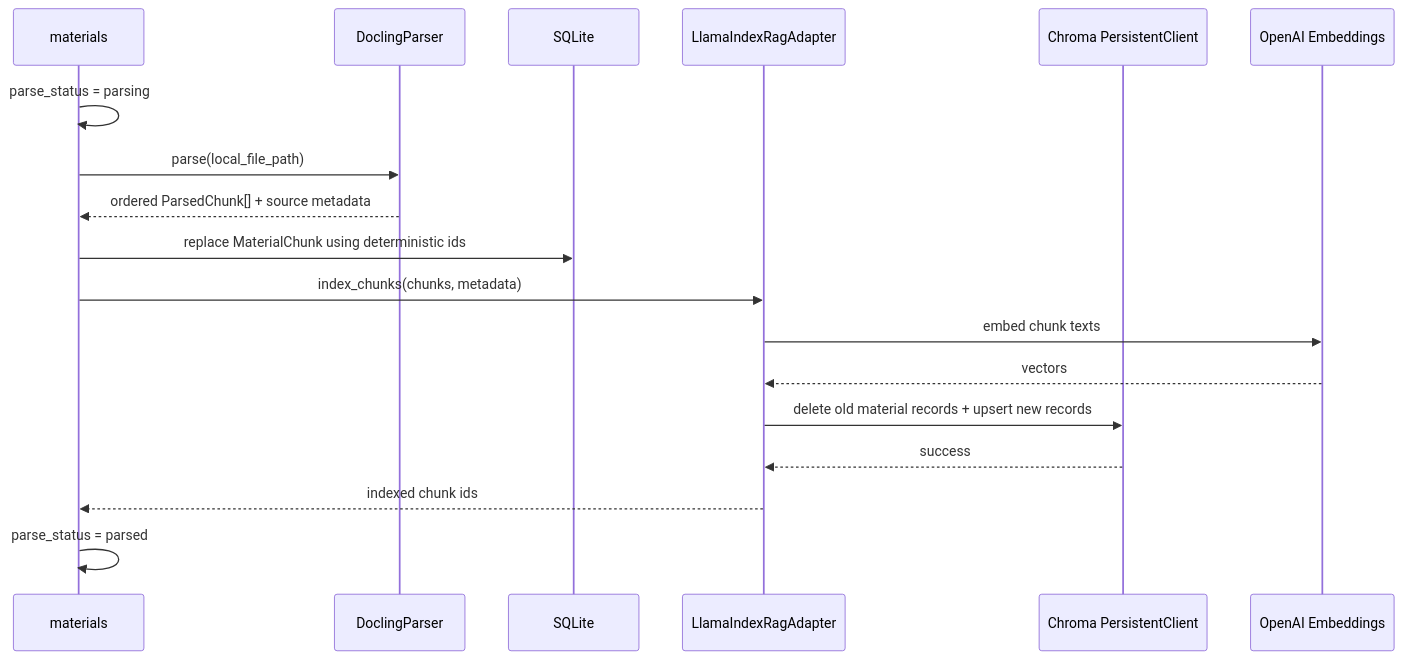
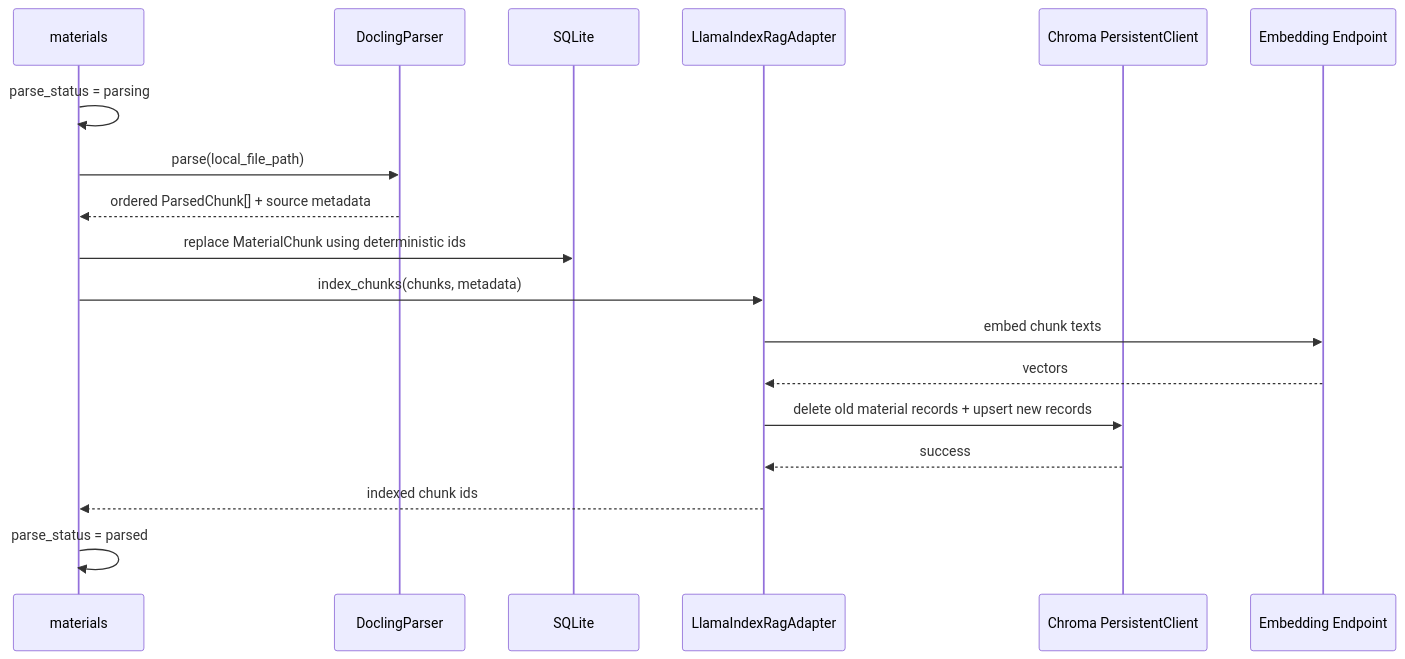
One commit to cyruan815/CourseNexus changed the second of 4 diagrams in docs/architecture/material-context-rag.md. Above: the diagram before and after it, drawn with Mermaid. The commit also changed other lines of this file and 12 other files, not shown here.

````diff
--- a/docs/architecture/material-context-rag.md
+++ b/docs/architecture/material-context-rag.md
@@ -137,21 +137,21 @@
 ```mermaid
 sequenceDiagram
     participant M as materials
     participant D as DoclingParser
     participant DB as SQLite
     participant R as LlamaIndexRagAdapter
     participant C as Chroma PersistentClient
-    participant O as OpenAI Embeddings
+    participant O as Embedding Endpoint
 
     M->>M: parse_status = parsing
     M->>D: parse(local_file_path)
     D-->>M: ordered ParsedChunk[] + source metadata
     M->>DB: replace MaterialChunk using deterministic ids
     M->>R: index_chunks(chunks, metadata)
     R->>O: embed chunk texts
     O-->>R: vectors
     R->>C: delete old material records + upsert new records
     C-->>R: success
     R-->>M: indexed chunk ids
     M->>M: parse_status = parsed
 ```
````
